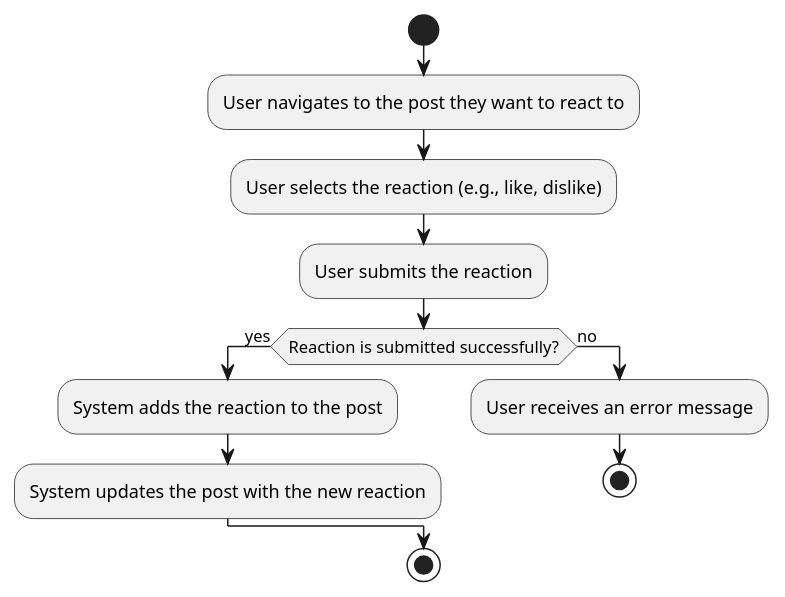
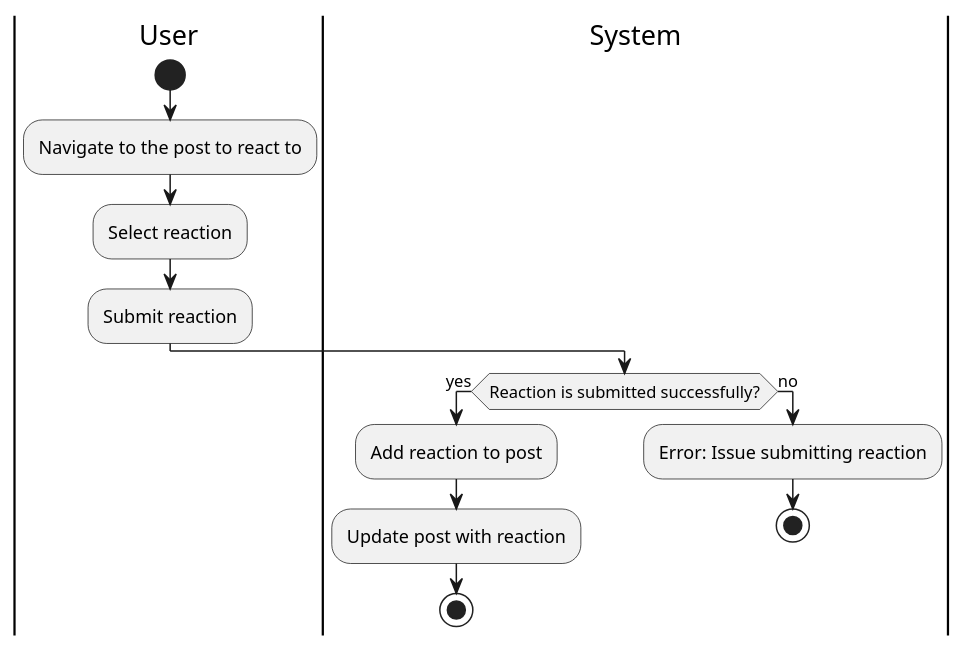
Diagram 16 of 22 in docs/checkpoint_1/use_cases.md (tungbeo0221/Forked-crosscodex.github.io), drawn with PlantUML before and after one commit. The commit also changed other lines of this file and 39 other files, not shown here.

````diff
--- a/docs/checkpoint_1/use_cases.md
+++ b/docs/checkpoint_1/use_cases.md
@@ -444,16 +524,19 @@
 ```plantuml
 @startuml
+|User|
 start
-:User navigates to the post they want to react to;
-:User selects the reaction (e.g., like, dislike);
-:User submits the reaction;
+:Navigate to the post to react to;
+:Select reaction;
+:Submit reaction;
+|System|
 if (Reaction is submitted successfully?) then (yes)
-  :System adds the reaction to the post;
-  :System updates the post with the new reaction;
+  :Add reaction to post;
+  :Update post with reaction;
+  stop
 else (no)
-  :User receives an error message;
+  :Error: Issue submitting reaction;
   stop
 endif
-stop
 @enduml
+
 ```
````
